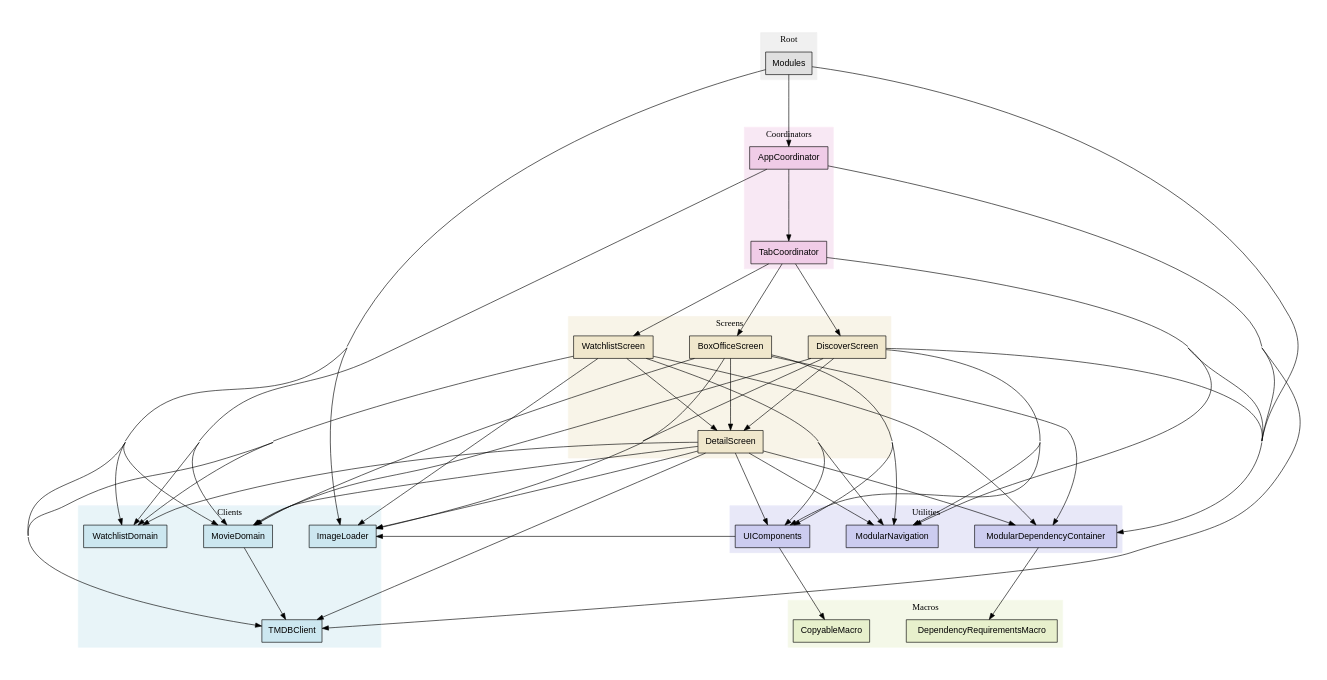
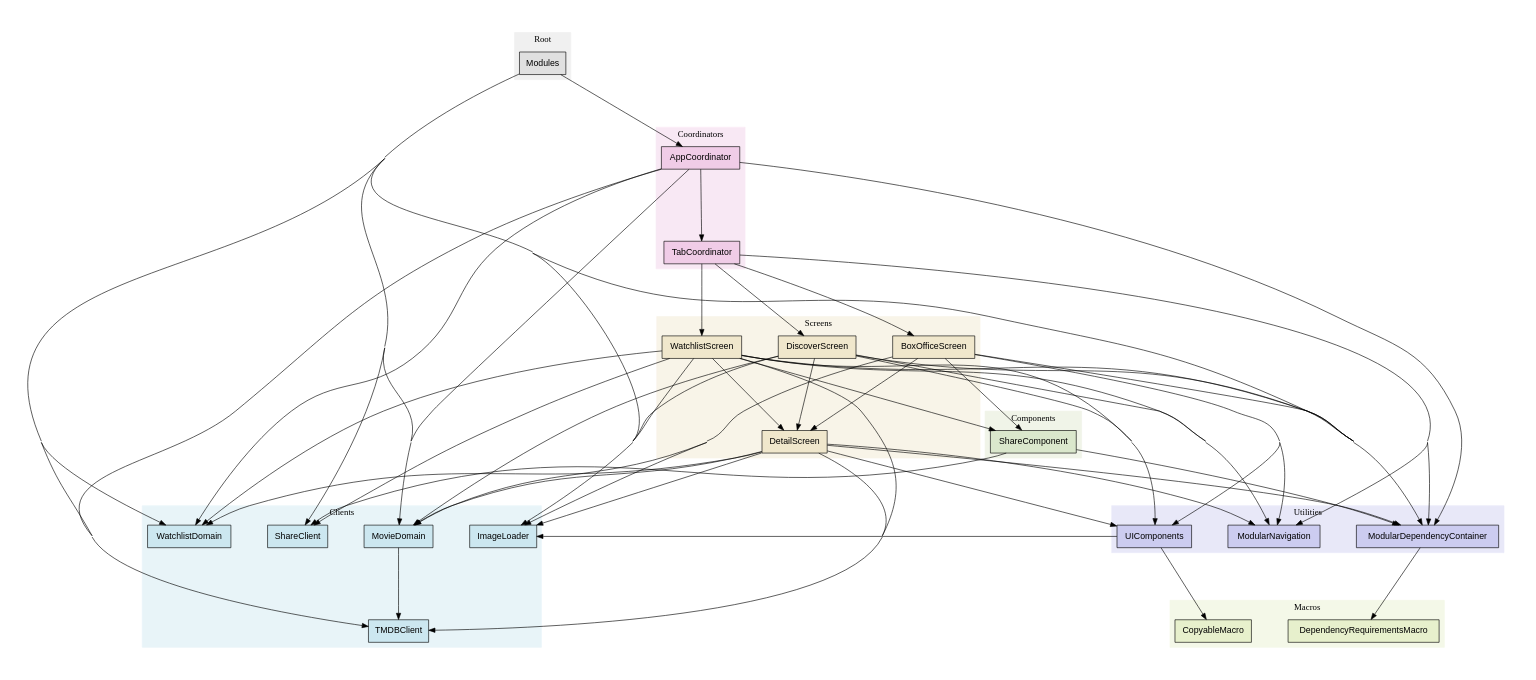
One commit to stephane-at-hatch/DIDemo changed the diagram in dependency-graph-modules.dot. Above: the diagram before and after it, drawn with Graphviz. The commit also changed 39 other files, not shown here.

```diff
--- a/dependency-graph-modules.dot
+++ b/dependency-graph-modules.dot
@@ -1,116 +1,131 @@
 digraph ModuleDependencies {
     rankdir=TB;
     ranksep=1.6;
     nodesep=0.8;
     pad=0.5;
     compound=true;
     concentrate=true;
     splines=spline;
     node [shape=box, style=filled, fontname="Helvetica"];
 
     subgraph cluster_utilities {
         label="Utilities";
         style=filled;
         color="#e8e8f8";
 
         ModularDependencyContainer [label="ModularDependencyContainer", fillcolor="#ccccf0"];
         ModularNavigation [label="ModularNavigation", fillcolor="#ccccf0"];
         UIComponents [label="UIComponents", fillcolor="#ccccf0"];
     }
 
     subgraph cluster_clients {
         label="Clients";
         style=filled;
         color="#e8f4f8";
 
         ImageLoader [label="ImageLoader", fillcolor="#cce7f0"];
         MovieDomain [label="MovieDomain", fillcolor="#cce7f0"];
+        ShareClient [label="ShareClient", fillcolor="#cce7f0"];
         TMDBClient [label="TMDBClient", fillcolor="#cce7f0"];
         WatchlistDomain [label="WatchlistDomain", fillcolor="#cce7f0"];
+    }
+
+    subgraph cluster_components {
+        label="Components";
+        style=filled;
+        color="#f0f4e8";
+
+        ShareComponent [label="ShareComponent", fillcolor="#dae7cc"];
     }
 
     subgraph cluster_screens {
         label="Screens";
         style=filled;
         color="#f8f4e8";
 
         BoxOfficeScreen [label="BoxOfficeScreen", fillcolor="#f0e7cc"];
         DetailScreen [label="DetailScreen", fillcolor="#f0e7cc"];
         DiscoverScreen [label="DiscoverScreen", fillcolor="#f0e7cc"];
         WatchlistScreen [label="WatchlistScreen", fillcolor="#f0e7cc"];
     }
 
     subgraph cluster_coordinators {
         label="Coordinators";
         style=filled;
         color="#f8e8f4";
 
         AppCoordinator [label="AppCoordinator", fillcolor="#f0cce7"];
         TabCoordinator [label="TabCoordinator", fillcolor="#f0cce7"];
     }
 
     subgraph cluster_macros {
         label="Macros";
         style=filled;
         color="#f4f8e8";
 
         CopyableMacro [label="CopyableMacro", fillcolor="#e7f0cc"];
         DependencyRequirementsMacro [label="DependencyRequirementsMacro", fillcolor="#e7f0cc"];
     }
 
     subgraph cluster_root {
         label="Root";
         style=filled;
         color="#f0f0f0";
 
         Modules [label="Modules", fillcolor="#e0e0e0"];
     }
 
     // Dependencies
     Modules -> ModularDependencyContainer;
     Modules -> TMDBClient;
     Modules -> ImageLoader;
+    Modules -> ShareClient;
     Modules -> MovieDomain;
     Modules -> WatchlistDomain;
     Modules -> AppCoordinator;
     AppCoordinator -> ModularDependencyContainer;
     AppCoordinator -> MovieDomain;
     AppCoordinator -> TabCoordinator;
     AppCoordinator -> TMDBClient;
     AppCoordinator -> WatchlistDomain;
     TabCoordinator -> ModularDependencyContainer;
     TabCoordinator -> BoxOfficeScreen;
     TabCoordinator -> DiscoverScreen;
     TabCoordinator -> WatchlistScreen;
     TabCoordinator -> ModularNavigation;
+    ShareComponent -> ModularDependencyContainer;
+    ShareComponent -> ShareClient;
     BoxOfficeScreen -> ModularDependencyContainer;
     BoxOfficeScreen -> ModularNavigation;
     BoxOfficeScreen -> MovieDomain;
     BoxOfficeScreen -> ImageLoader;
     BoxOfficeScreen -> DetailScreen;
+    BoxOfficeScreen -> ShareComponent;
     BoxOfficeScreen -> UIComponents;
     DiscoverScreen -> ModularDependencyContainer;
     DiscoverScreen -> ModularNavigation;
     DiscoverScreen -> MovieDomain;
     DiscoverScreen -> ImageLoader;
     DiscoverScreen -> DetailScreen;
     DiscoverScreen -> UIComponents;
     DetailScreen -> ModularDependencyContainer;
     DetailScreen -> ModularNavigation;
     DetailScreen -> MovieDomain;
     DetailScreen -> WatchlistDomain;
     DetailScreen -> ImageLoader;
     DetailScreen -> UIComponents;
     DetailScreen -> TMDBClient;
     WatchlistScreen -> ModularDependencyContainer;
     WatchlistScreen -> ModularNavigation;
     WatchlistScreen -> WatchlistDomain;
     WatchlistScreen -> TMDBClient;
     WatchlistScreen -> ImageLoader;
     WatchlistScreen -> DetailScreen;
+    WatchlistScreen -> ShareClient;
+    WatchlistScreen -> ShareComponent;
     WatchlistScreen -> UIComponents;
     MovieDomain -> TMDBClient;
     ModularDependencyContainer -> DependencyRequirementsMacro;
     UIComponents -> CopyableMacro;
     UIComponents -> ImageLoader;
 }
```
